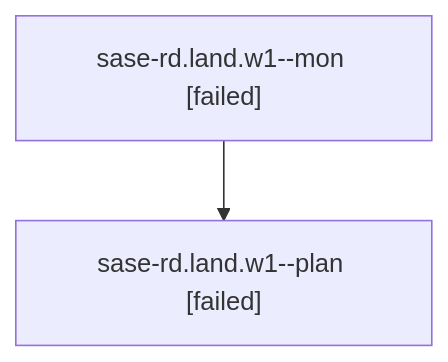
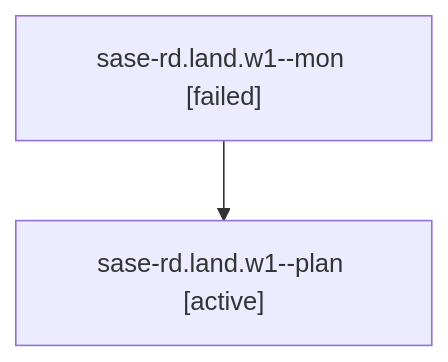
Before and after one commit to sase-org/sase--agents: the diagram in families/bbugyi200.athena.sase-rd.land.w1.md, drawn with Mermaid. The commit also changed other lines of this file and 35830 other files, not shown here.

````diff
--- a/families/bbugyi200.athena.sase-rd.land.w1.md
+++ b/families/bbugyi200.athena.sase-rd.land.w1.md
@@ -9,6 +9,6 @@
 ```mermaid
 flowchart TD
   n0["sase-rd.land.w1--mon [failed]"]
-  n1["sase-rd.land.w1--plan [failed]"]
+  n1["sase-rd.land.w1--plan [active]"]
   n0 --> n1
 ```
````
